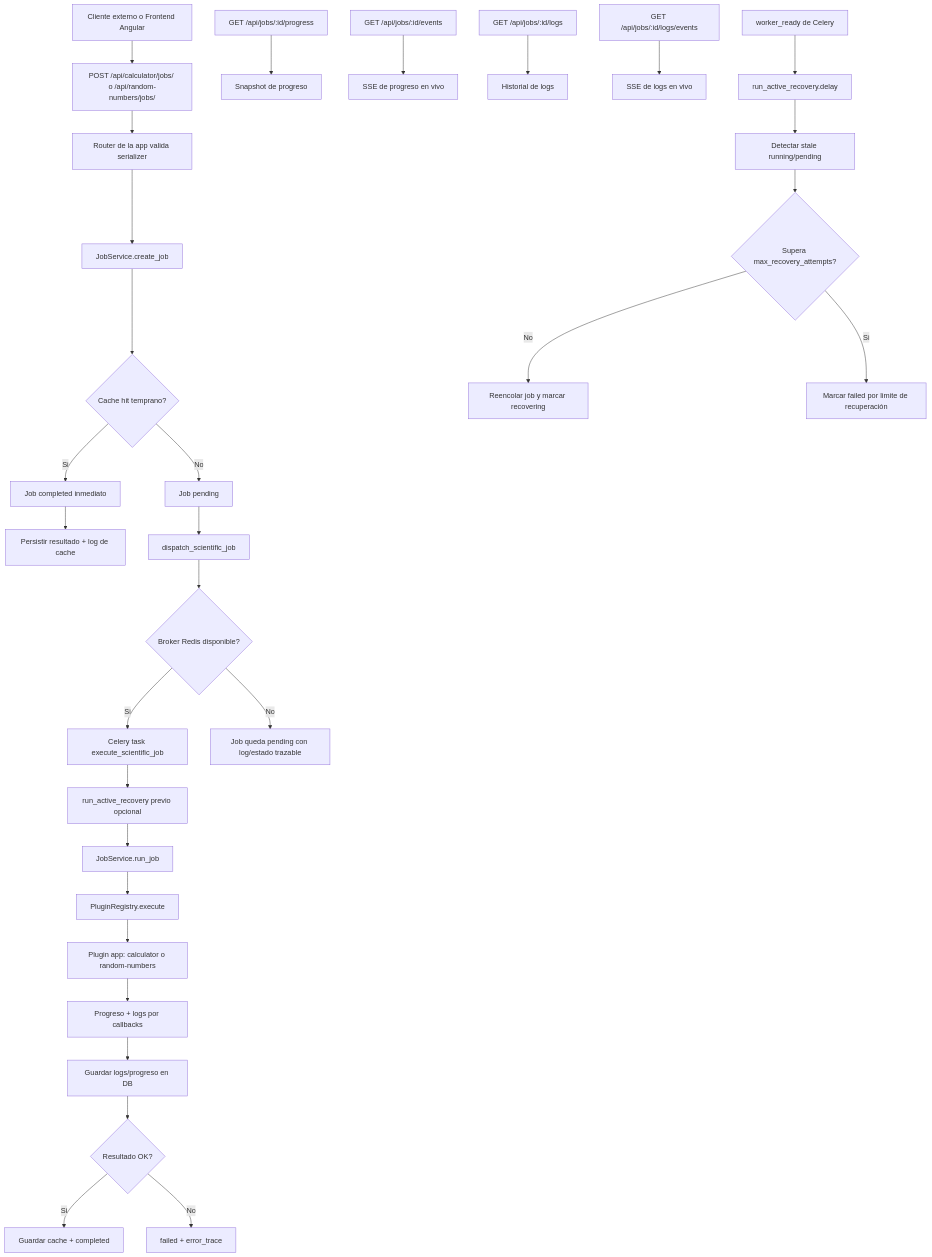
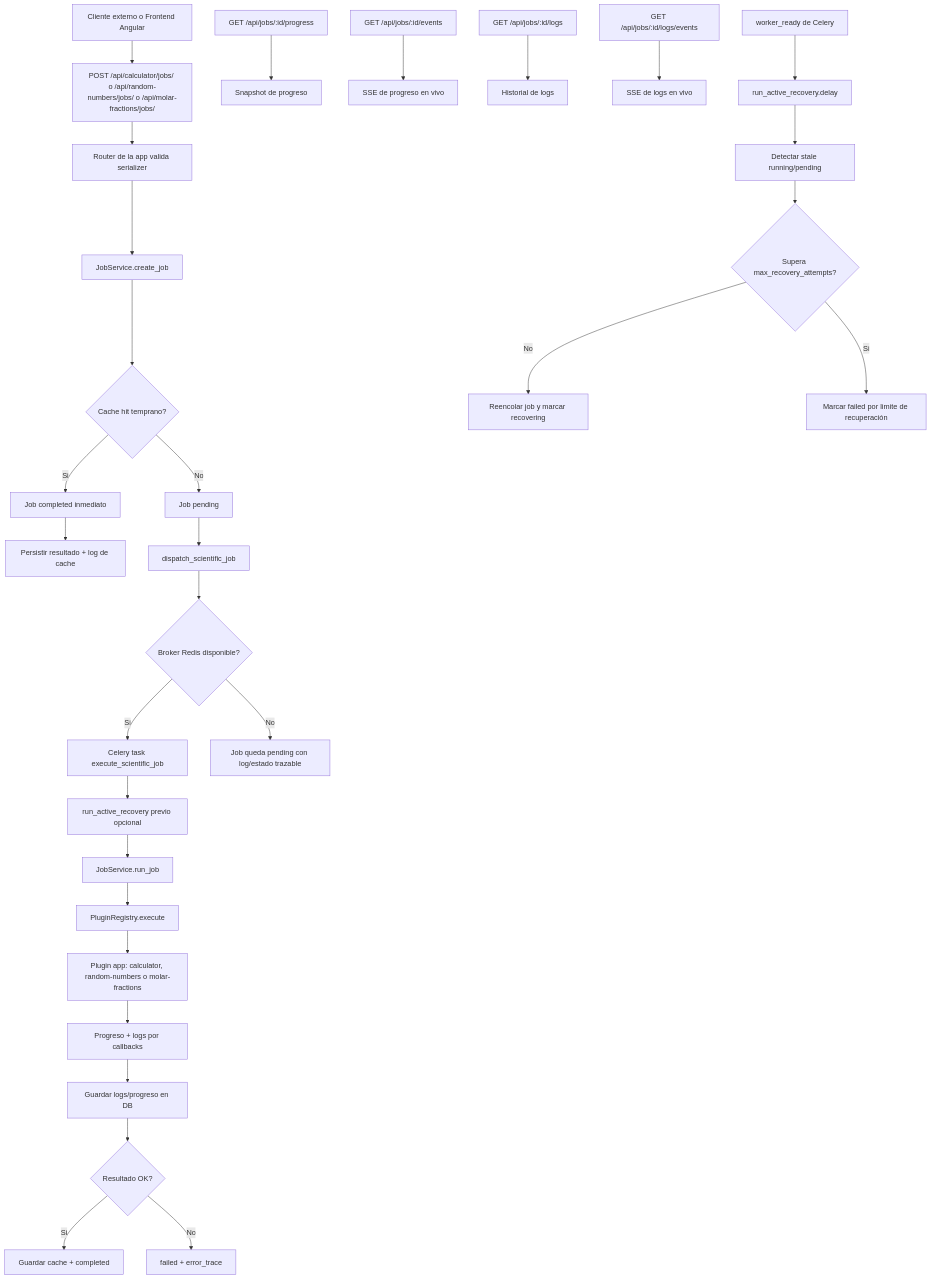
One commit to chem-gl/chemistry-apps changed the diagram in README.md. Above: the diagram before and after it, drawn with Mermaid. The commit also changed other lines of this file and 21 other files, not shown here.

````diff
--- a/README.md
+++ b/README.md
@@ -34,35 +34,35 @@
 ```mermaid
 flowchart TD
-    A[Cliente externo o Frontend Angular] --> B[POST /api/calculator/jobs/ o /api/random-numbers/jobs/]
+    A[Cliente externo o Frontend Angular] --> B[POST /api/calculator/jobs/ o /api/random-numbers/jobs/ o /api/molar-fractions/jobs/]
     B --> C[Router de la app valida serializer]
     C --> D[JobService.create_job]
     D --> E{Cache hit temprano?}
     E -- Si --> F[Job completed inmediato]
     F --> G[Persistir resultado + log de cache]
     E -- No --> H[Job pending]
     H --> I[dispatch_scientific_job]
     I --> J{Broker Redis disponible?}
     J -- Si --> K[Celery task execute_scientific_job]
     J -- No --> L[Job queda pending con log/estado trazable]
 
     K --> M[run_active_recovery previo opcional]
     M --> N[JobService.run_job]
     N --> O[PluginRegistry.execute]
-    O --> P[Plugin app: calculator o random-numbers]
+    O --> P[Plugin app: calculator, random-numbers o molar-fractions]
     P --> Q[Progreso + logs por callbacks]
     Q --> R[Guardar logs/progreso en DB]
     R --> S{Resultado OK?}
     S -- Si --> T[Guardar cache + completed]
     S -- No --> U[failed + error_trace]
 
     V[GET /api/jobs/:id/progress] --> W[Snapshot de progreso]
     X[GET /api/jobs/:id/events] --> Y[SSE de progreso en vivo]
     Z[GET /api/jobs/:id/logs] --> AA[Historial de logs]
     AB[GET /api/jobs/:id/logs/events] --> AC[SSE de logs en vivo]
 
     AD[worker_ready de Celery] --> AE[run_active_recovery.delay]
     AE --> AF[Detectar stale running/pending]
     AF --> AG{Supera max_recovery_attempts?}
     AG -- No --> AH[Reencolar job y marcar recovering]
     AG -- Si --> AI[Marcar failed por limite de recuperación]
 ```
````
